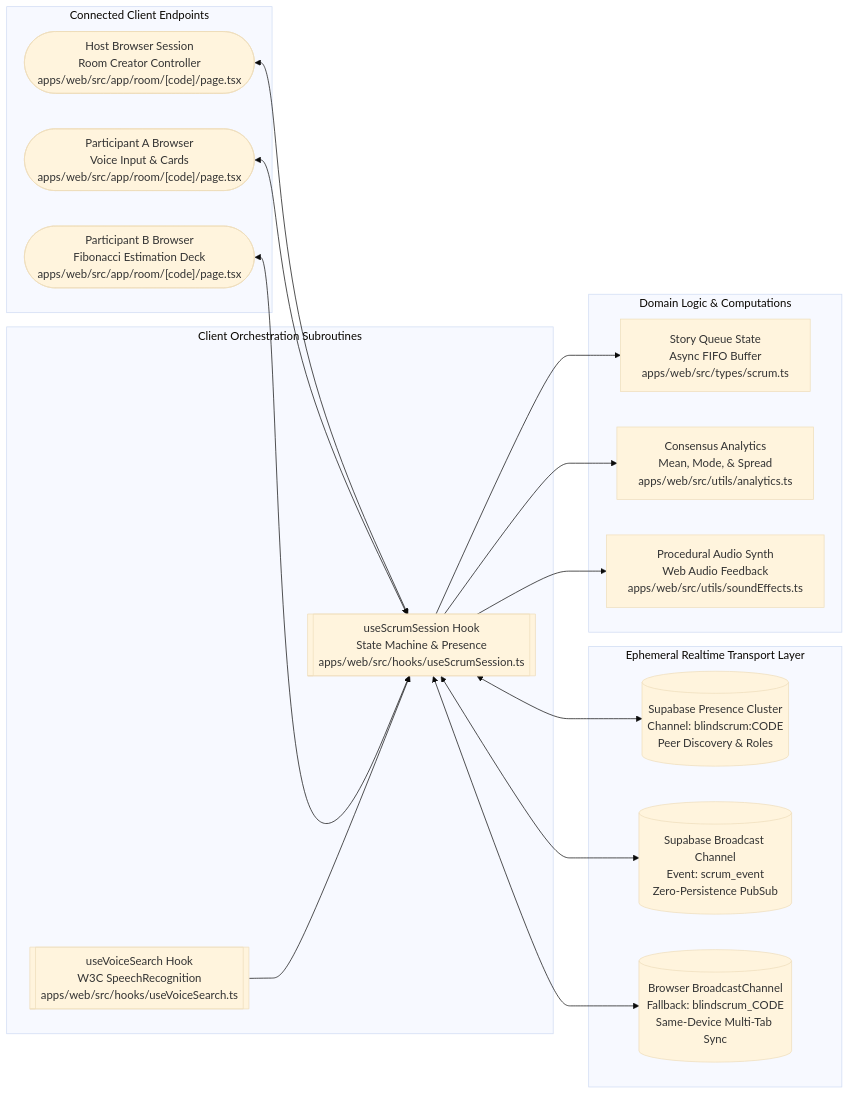
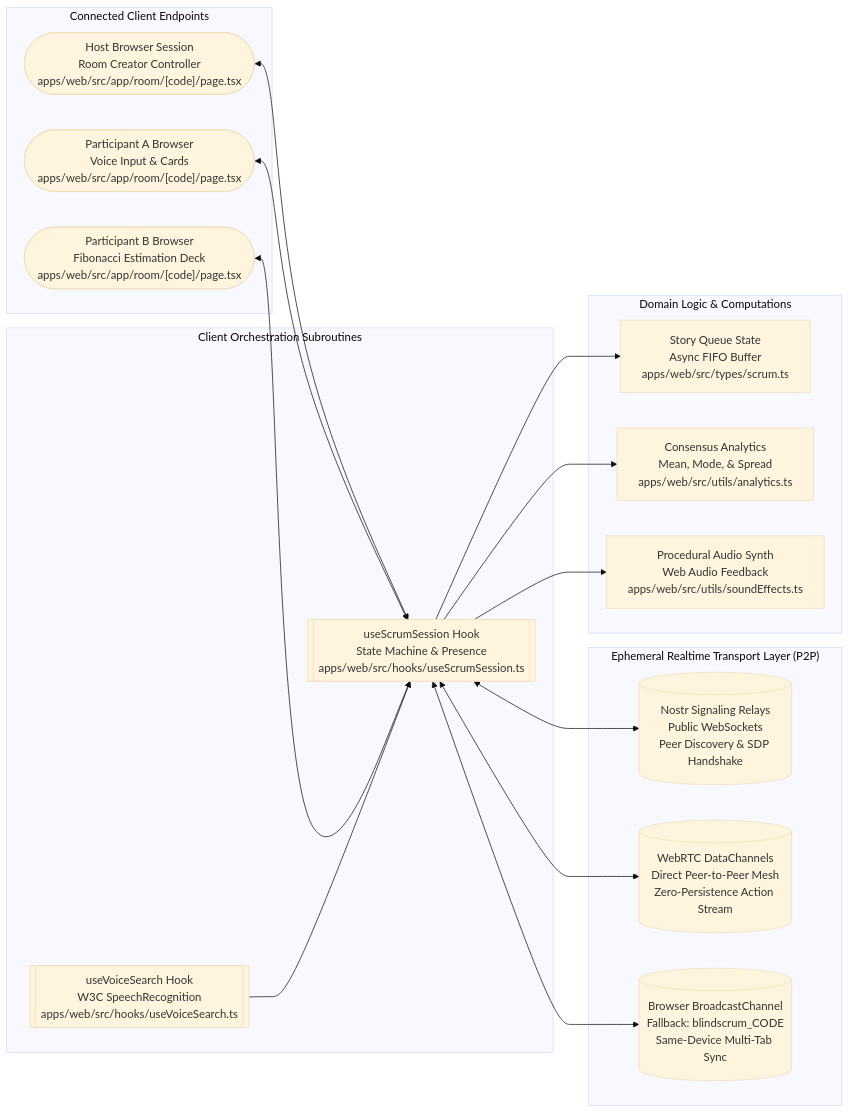
One commit to kxnghans/blindscrum changed the first of 6 diagrams in docs/architecture.md. Above: the diagram before and after it, drawn with Mermaid (base theme). The commit also changed other lines of this file and 17 other files, not shown here.

Commit message:
feat: migrate to serverless WebRTC P2P and deploy to Vercel production

````diff
--- a/docs/architecture.md
+++ b/docs/architecture.md
@@ -11,38 +11,38 @@
 ```mermaid
 flowchart LR
     subgraph Clients["Connected Client Endpoints"]
         HostClient(["Host Browser Session<br/>Room Creator Controller<br/>apps/web/src/app/room/[code]/page.tsx"])
         VoterA(["Participant A Browser<br/>Voice Input & Cards<br/>apps/web/src/app/room/[code]/page.tsx"])
         VoterB(["Participant B Browser<br/>Fibonacci Estimation Deck<br/>apps/web/src/app/room/[code]/page.tsx"])
     end
 
-    subgraph RealtimeLayer["Ephemeral Realtime Transport Layer"]
-        SupabasePresence[("Supabase Presence Cluster<br/>Channel: blindscrum:CODE<br/>Peer Discovery & Roles")]
-        SupabaseBroadcast[("Supabase Broadcast Channel<br/>Event: scrum_event<br/>Zero-Persistence PubSub")]
+    subgraph RealtimeLayer["Ephemeral Realtime Transport Layer (P2P)"]
+        NostrSignaling[("Nostr Signaling Relays<br/>Public WebSockets<br/>Peer Discovery & SDP Handshake")]
+        WebRTCData[("WebRTC DataChannels<br/>Direct Peer-to-Peer Mesh<br/>Zero-Persistence Action Stream")]
         LocalBC[("Browser BroadcastChannel<br/>Fallback: blindscrum_CODE<br/>Same-Device Multi-Tab Sync")]
     end
 
     subgraph CoreHooks["Client Orchestration Subroutines"]
         SessionHook[["useScrumSession Hook<br/>State Machine & Presence<br/>apps/web/src/hooks/useScrumSession.ts"]]
         VoiceHook[["useVoiceSearch Hook<br/>W3C SpeechRecognition<br/>apps/web/src/hooks/useVoiceSearch.ts"]]
     end
 
     subgraph DomainEngines["Domain Logic & Computations"]
         QueueEngine["Story Queue State<br/>Async FIFO Buffer<br/>apps/web/src/types/scrum.ts"]
         AnalyticsEngine["Consensus Analytics<br/>Mean, Mode, & Spread<br/>apps/web/src/utils/analytics.ts"]
         AudioSynth["Procedural Audio Synth<br/>Web Audio Feedback<br/>apps/web/src/utils/soundEffects.ts"]
     end
 
     HostClient <--> SessionHook
     VoterA <--> SessionHook
     VoterB <--> SessionHook
 
-    SessionHook <--> SupabasePresence
-    SessionHook <--> SupabaseBroadcast
+    SessionHook <--> NostrSignaling
+    SessionHook <--> WebRTCData
     SessionHook <--> LocalBC
 
     VoiceHook --> SessionHook
     SessionHook --> QueueEngine
     SessionHook --> AnalyticsEngine
     SessionHook --> AudioSynth
 ```
````
